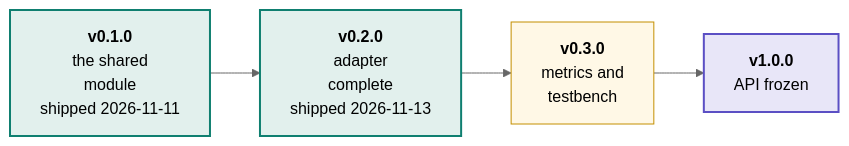
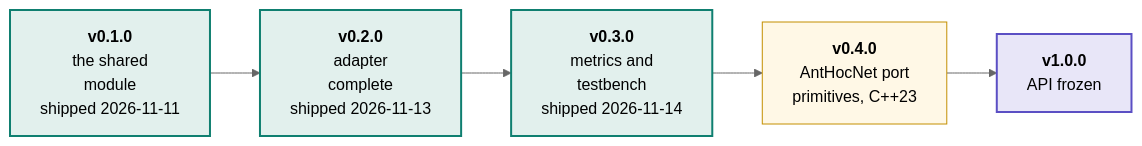
The first of 2 diagrams in docs/roadmap.md (swarm-routing/ns3-swarm-core), drawn with Mermaid (neutral theme) before and after one commit. The commit also changed other lines of this file, not shown here.

First line of the commit message:
docs(roadmap): add v0.4.0 to the ladder with its exit criteria, mark v0.3.0 shipped (#152)

````diff
--- a/docs/roadmap.md
+++ b/docs/roadmap.md
@@ -41,14 +42,16 @@
 ```mermaid
 flowchart LR
     V01["<b>v0.1.0</b><br/>the shared<br/>module<br/>shipped 2026-11-11"]
     V02["<b>v0.2.0</b><br/>adapter<br/>complete<br/>shipped 2026-11-13"]
-    V03["<b>v0.3.0</b><br/>metrics and<br/>testbench"]
+    V03["<b>v0.3.0</b><br/>metrics and<br/>testbench<br/>shipped 2026-11-14"]
+    V04["<b>v0.4.0</b><br/>AntHocNet port<br/>primitives, C++23"]
     V10["<b>v1.0.0</b><br/>API frozen"]
 
-    V01 --> V02 --> V03 --> V10
+    V01 --> V02 --> V03 --> V04 --> V10
 
     style V01 fill:#e2f0ed,stroke:#0f7f70,stroke-width:2px
     style V02 fill:#e2f0ed,stroke:#0f7f70,stroke-width:2px
-    style V03 fill:#fff8e6,stroke:#c48f00
+    style V03 fill:#e2f0ed,stroke:#0f7f70,stroke-width:2px
+    style V04 fill:#fff8e6,stroke:#c48f00
     style V10 fill:#e8e6f8,stroke:#5b4fc4,stroke-width:2px
 ```
````
